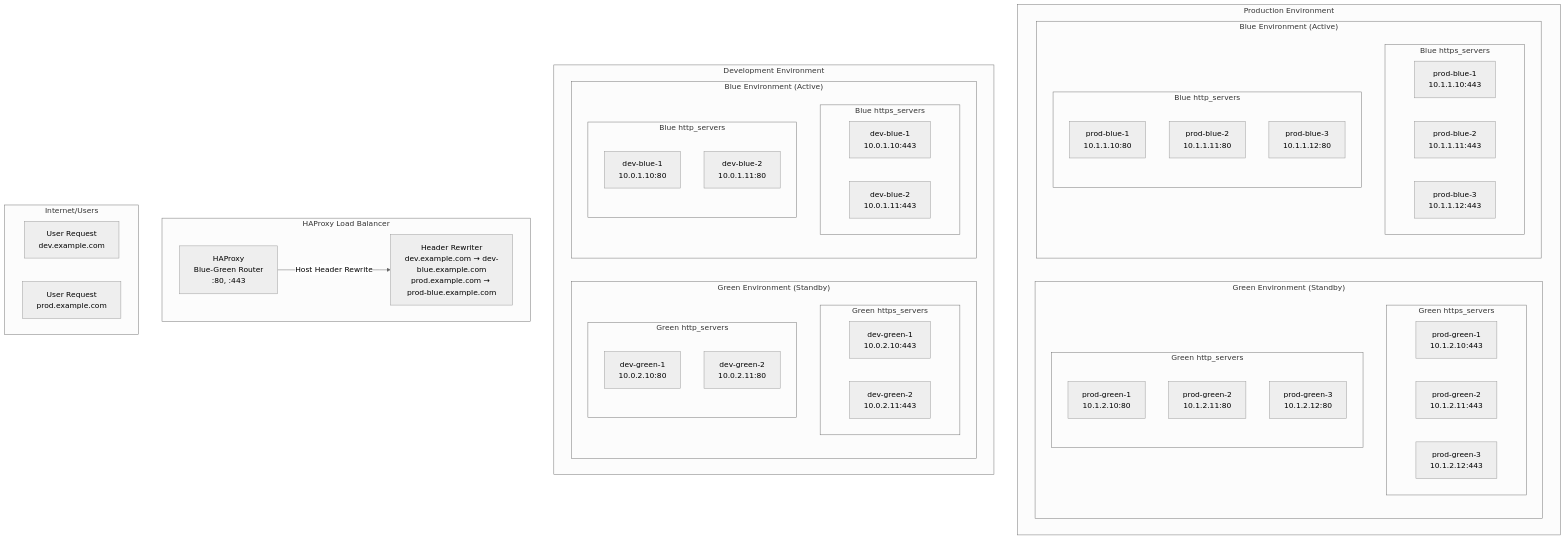
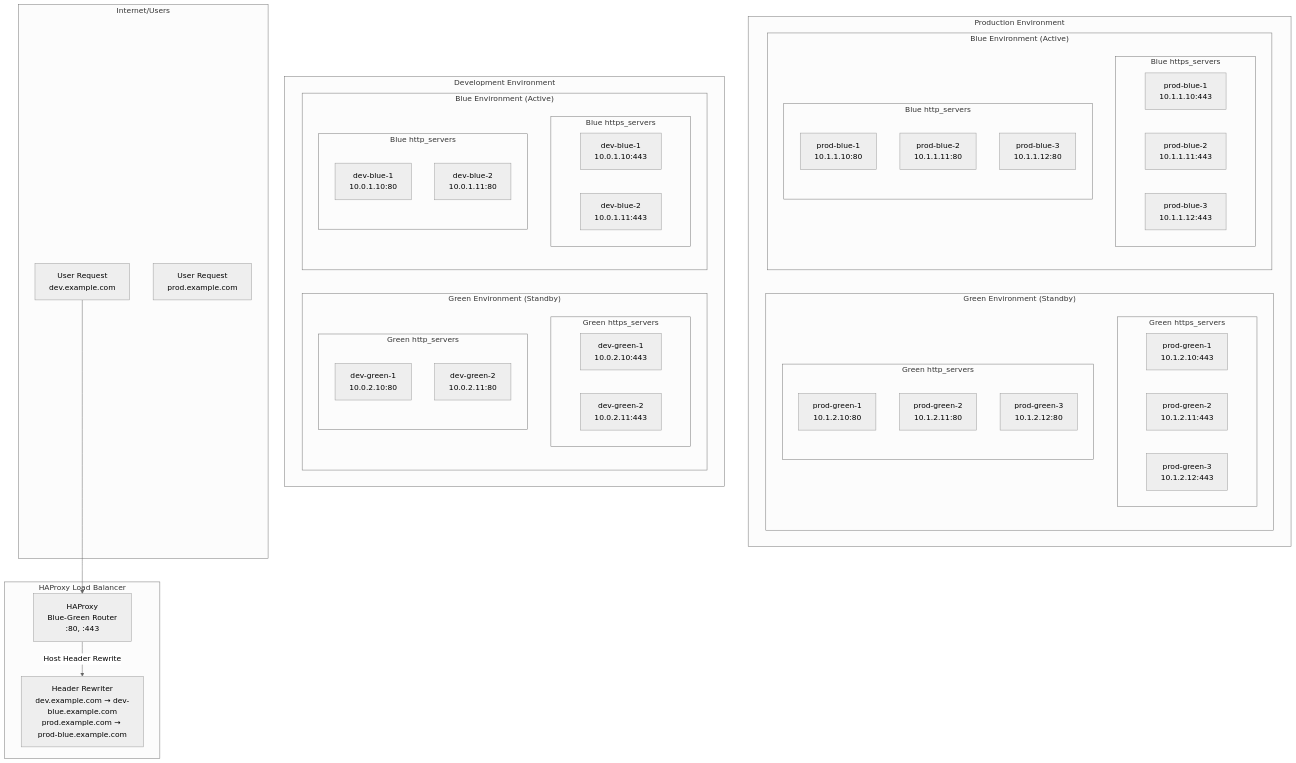
The diagram in HAPROXY-BLUE-GREEN-README.md (cadjai/ocp4-cluster-workload-migration), drawn with Mermaid (neutral theme) before and after one commit.

Commit message:
edit diagram

````diff
--- a/HAPROXY-BLUE-GREEN-README.md
+++ b/HAPROXY-BLUE-GREEN-README.md
@@ -26,62 +26,62 @@
 ```mermaid
 graph TB
     subgraph "Production Environment"
         subgraph "Green Environment (Standby)"
             subgraph "Green https_servers"
                 PG4[prod-green-1<br/>10.1.2.10:443]
                 PG5[prod-green-2<br/>10.1.2.11:443]
                 PG6[prod-green-3<br/>10.1.2.12:443]
             end
             subgraph "Green http_servers"
                 PG1[prod-green-1<br/>10.1.2.10:80]
                 PG2[prod-green-2<br/>10.1.2.11:80]
                 PG3[prod-green-3<br/>10.1.2.12:80]
             end
         end
         subgraph "Blue Environment (Active)"
             subgraph "Blue https_servers"
                 PB4[prod-blue-1<br/>10.1.1.10:443]
                 PB5[prod-blue-2<br/>10.1.1.11:443]
                 PB6[prod-blue-3<br/>10.1.1.12:443]
             end
             subgraph "Blue http_servers"
                 PB1[prod-blue-1<br/>10.1.1.10:80]
                 PB2[prod-blue-2<br/>10.1.1.11:80]
                 PB3[prod-blue-3<br/>10.1.1.12:80]
             end
         end
     end
 
     subgraph "Development Environment"
         subgraph "Green Environment (Standby)"
             subgraph "Green https_servers"
                 DG3[dev-green-1<br/>10.0.2.10:443]
                 DG4[dev-green-2<br/>10.0.2.11:443]
             end
             subgraph "Green http_servers"
                 DG1[dev-green-1<br/>10.0.2.10:80]
                 DG2[dev-green-2<br/>10.0.2.11:80]
             end
         end
         subgraph "Blue Environment (Active)"
             subgraph "Blue https_servers"
                 DB3[dev-blue-1<br/>10.0.1.10:443]
                 DB4[dev-blue-2<br/>10.0.1.11:443]
             end
             subgraph "Blue http_servers"
                 DB1[dev-blue-1<br/>10.0.1.10:80]
                 DB2[dev-blue-2<br/>10.0.1.11:80]
             end
         end
     end
     
     subgraph "HAProxy Load Balancer"
         H[HAProxy<br/>Blue-Green Router<br/>:80, :443]
         H --> |"Host Header Rewrite"| HR[Header Rewriter<br/>dev.example.com → dev-blue.example.com<br/>prod.example.com → prod-blue.example.com]
     end
     
     subgraph "Internet/Users"
-        U1[User Request<br/>dev.example.com]
+        U1[User Request<br/>dev.example.com] --> H
         U2[User Request<br/>prod.example.com]
     end
 ```
````
